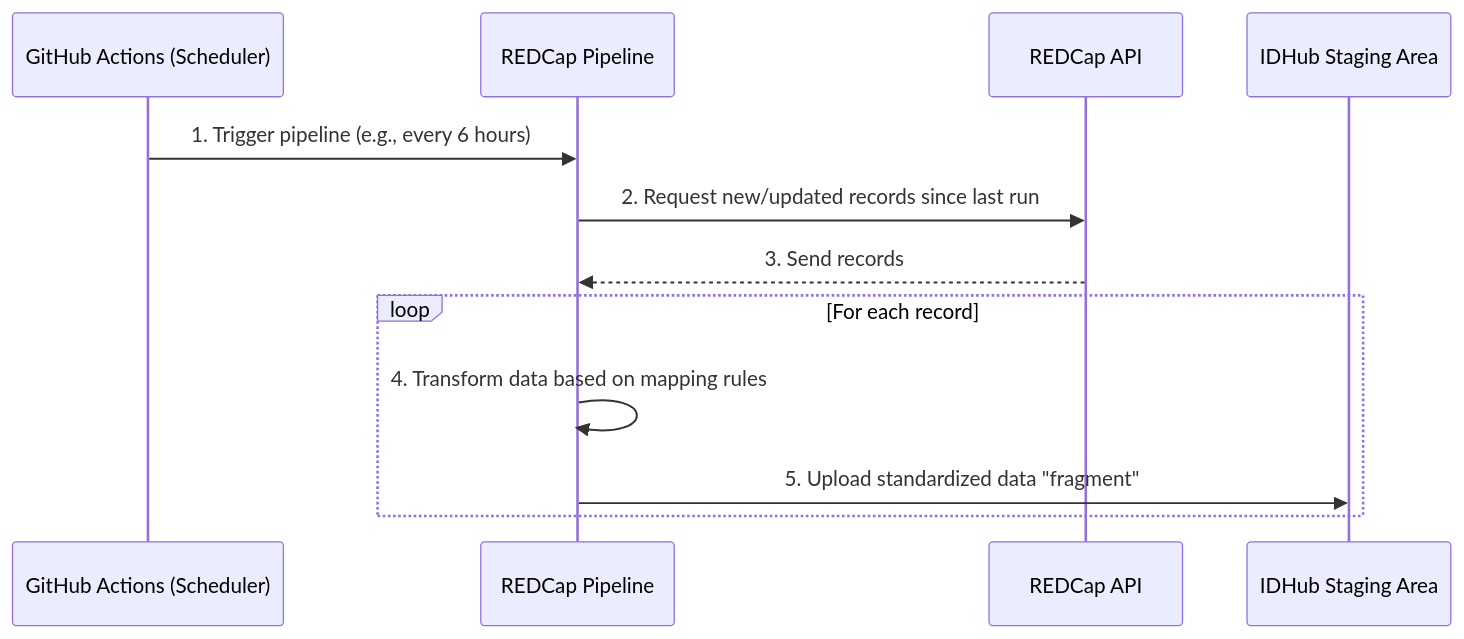
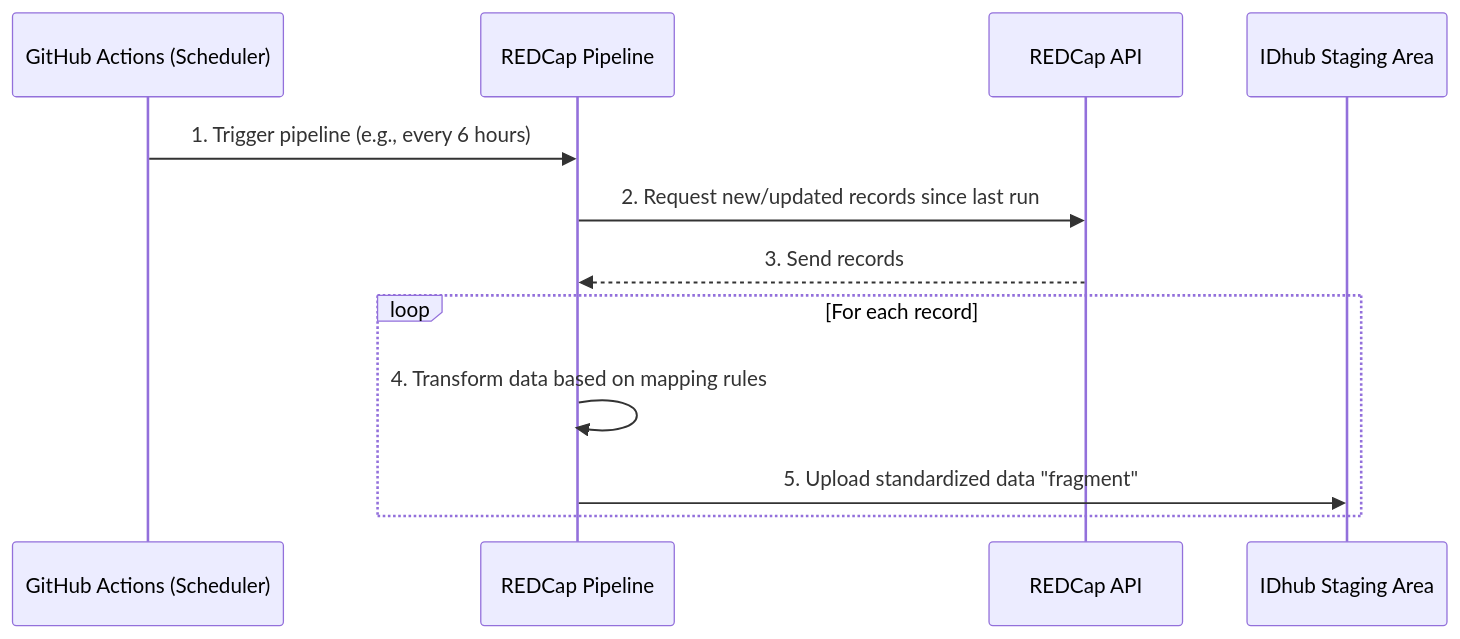
One commit to ibdgc/idhub changed the diagram in docs/for-data-curators/automated-redcap-pipeline.md. Above: the diagram before and after it, drawn with Mermaid. The commit also changed other lines of this file and 38 other files, not shown here.

````diff
--- a/docs/for-data-curators/automated-redcap-pipeline.md
+++ b/docs/for-data-curators/automated-redcap-pipeline.md
@@ -9,15 +9,15 @@
 ```mermaid
 sequenceDiagram
     participant GH as GitHub Actions (Scheduler)
     participant RP as REDCap Pipeline
     participant RC as REDCap API
-    participant S3 as IDHub Staging Area
+    participant S3 as IDhub Staging Area
 
     GH->>RP: 1. Trigger pipeline (e.g., every 6 hours)
     RP->>RC: 2. Request new/updated records since last run
     RC-->>RP: 3. Send records
     loop For each record
         RP->>RP: 4. Transform data based on mapping rules
         RP->>S3: 5. Upload standardized data "fragment"
     end
 ```
````
